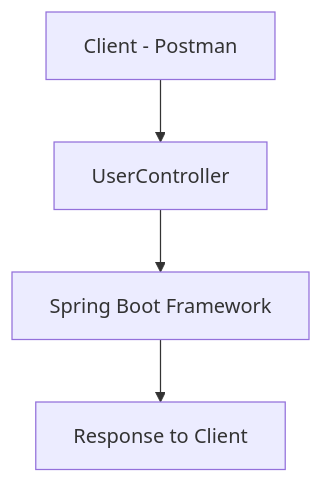
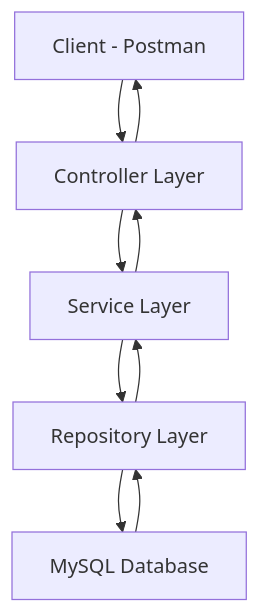
The first of 2 diagrams in experiment8(RestAPI)/README.md (endse/Fullstack-2), drawn with Mermaid before and after one commit. The commit also changed other lines of this file, not shown here.

Commit message:
Revise README to enhance clarity on production-grade REST API design and implementation using Spring Boot, including layered architecture, request flow, and exception handling.

````diff
--- a/experiment8(RestAPI)/README.md
+++ b/experiment8(RestAPI)/README.md
@@ -65,6 +15,11 @@
 ```mermaid
 graph TD
-    A[Client - Postman] --> B[UserController]
-    B --> C[Spring Boot Framework]
-    C --> D[Response to Client]
+    A[Client - Postman] --> B[Controller Layer]
+    B --> C[Service Layer]
+    C --> D[Repository Layer]
+    D --> E[MySQL Database]
+    E --> D
+    D --> C
+    C --> B
+    B --> A
 ```
````
